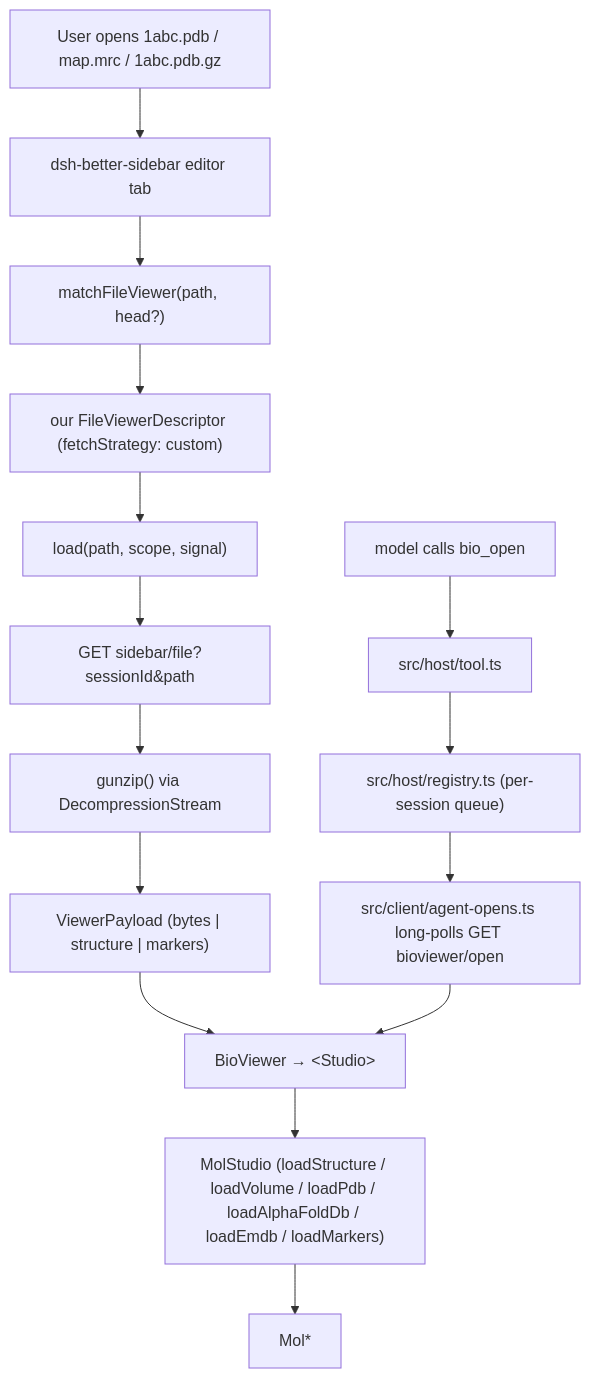
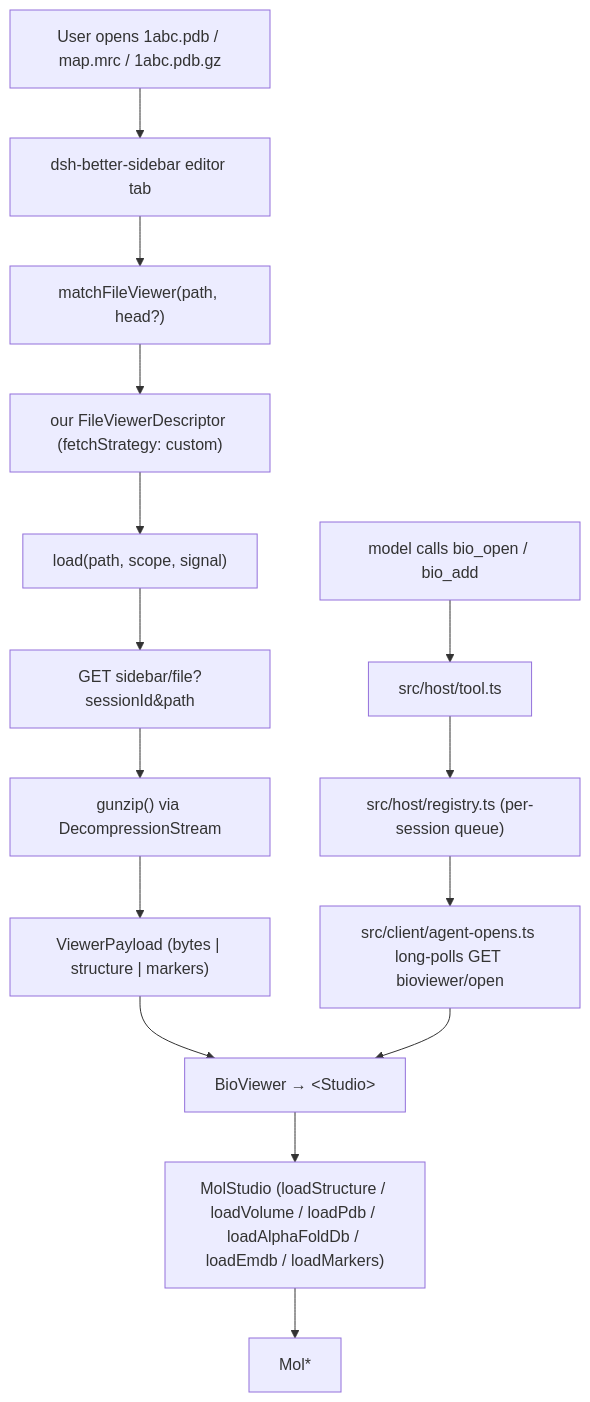
The diagram in AGENTS.md (shuuul/dsh-bioviewer), drawn with Mermaid before and after one commit. The commit also changed other lines of this file and 16 other files, not shown here.

````diff
--- a/AGENTS.md
+++ b/AGENTS.md
@@ -66,22 +66,22 @@
 ```mermaid
 flowchart TD
   user["User opens 1abc.pdb / map.mrc / 1abc.pdb.gz"]
   sidebar["dsh-better-sidebar editor tab"]
   matcher["matchFileViewer(path, head?)"]
   descriptor["our FileViewerDescriptor (fetchStrategy: custom)"]
   load["load(path, scope, signal)"]
   route["GET sidebar/file?sessionId&path"]
   gunzip["gunzip() via DecompressionStream"]
   payload["ViewerPayload (bytes | structure | markers)"]
   viewer["BioViewer → &lt;Studio&gt;"]
   molstudio["MolStudio (loadStructure / loadVolume / loadPdb / loadAlphaFoldDb / loadEmdb / loadMarkers)"]
   molstar["Mol*"]
 
-  model["model calls bio_open"]
+  model["model calls bio_open / bio_add"]
   tool["src/host/tool.ts"]
   registry["src/host/registry.ts (per-session queue)"]
   poll["src/client/agent-opens.ts long-polls GET bioviewer/open"]
 
   user --> sidebar --> matcher --> descriptor --> load --> route --> gunzip --> payload --> viewer --> molstudio --> molstar
   model --> tool --> registry --> poll --> viewer
 ```
````
